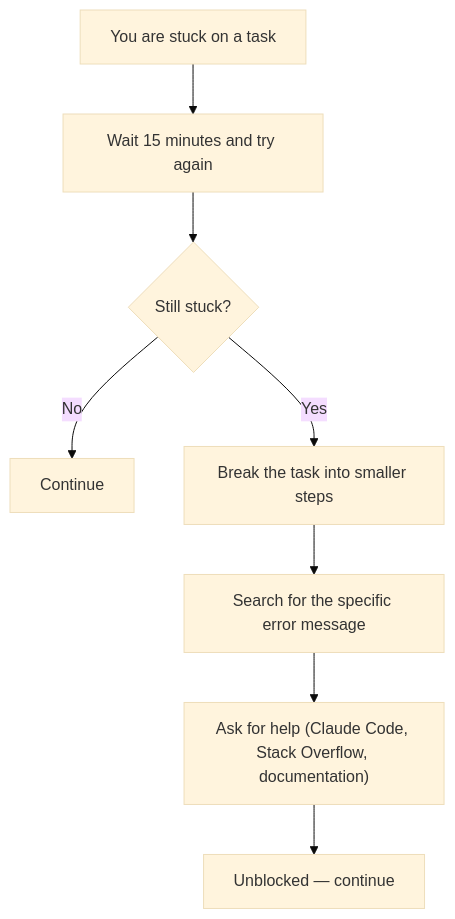
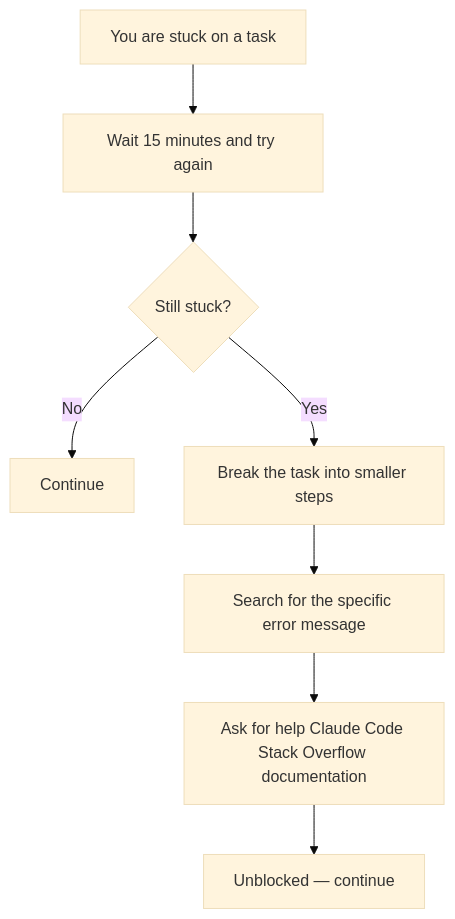
Before and after one commit to wongjinar-ai/expample: the fourth of 6 diagrams in learning/04-project-management.md, drawn with Mermaid (base theme). The commit also changed other lines of this file and 16 other files, not shown here.

````diff
--- a/learning/04-project-management.md
+++ b/learning/04-project-management.md
@@ -120,10 +120,10 @@
 ```mermaid
 flowchart TD
-    Stuck["You are stuck on a task"] --> Wait["Wait 15 minutes and try again"]
+    Stuck[You are stuck on a task] --> Wait[Wait 15 minutes and try again]
     Wait --> StillStuck{Still stuck?}
-    StillStuck -->|No| Continue["Continue"]
-    StillStuck -->|Yes| Smaller["Break the task into smaller steps"]
-    Smaller --> Search["Search for the specific error message"]
-    Search --> Ask["Ask for help (Claude Code, Stack Overflow, documentation)"]
-    Ask --> Unblocked["Unblocked — continue"]
+    StillStuck -->|No| Continue[Continue]
+    StillStuck -->|Yes| Smaller[Break the task into smaller steps]
+    Smaller --> Search[Search for the specific error message]
+    Search --> Ask[Ask for help Claude Code Stack Overflow documentation]
+    Ask --> Unblocked[Unblocked — continue]
 ```
````
